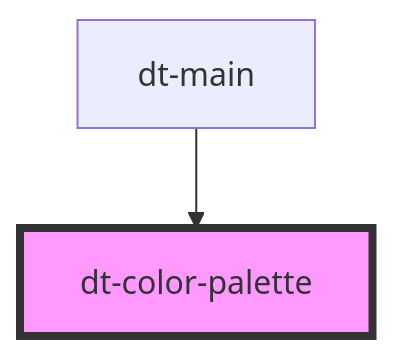
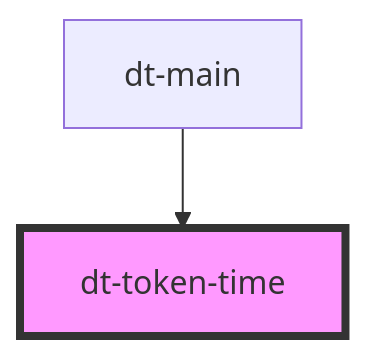
Before and after one commit to genexuslabs/design-tokens-editor: the diagram in src/components/token-time/readme.md, drawn with Mermaid. The commit also changed other lines of this file and 17 other files, not shown here.

````diff
--- a/src/components/token-time/readme.md
+++ b/src/components/token-time/readme.md
@@ -22,5 +22,5 @@
 ```mermaid
 graph TD;
-  dt-main --> dt-color-palette
-  style dt-color-palette fill:#f9f,stroke:#333,stroke-width:4px
+  dt-main --> dt-token-time
+  style dt-token-time fill:#f9f,stroke:#333,stroke-width:4px
 ```
````
